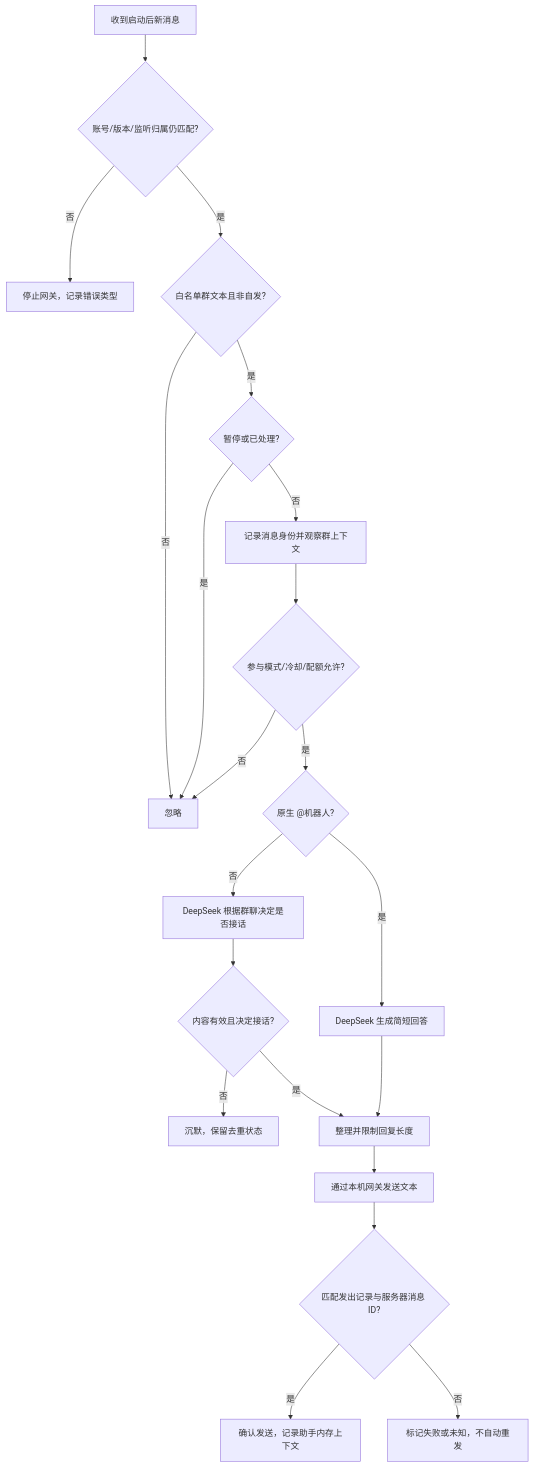
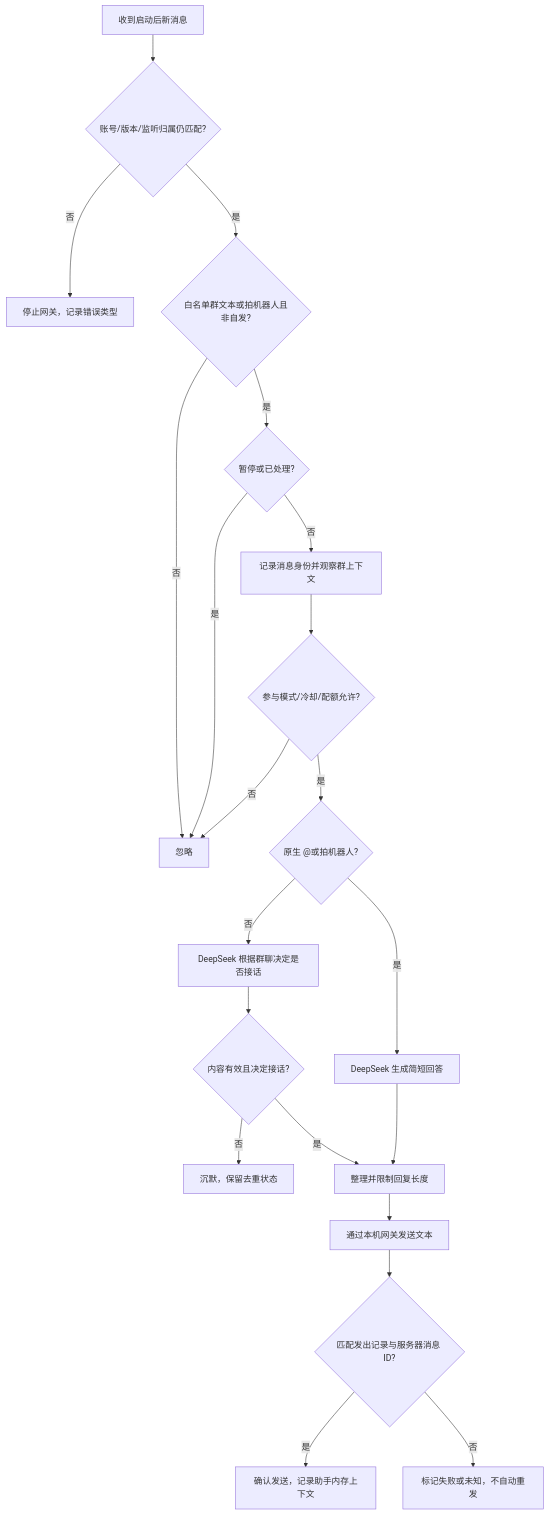
One commit to YishV/ChatBridge changed the diagram in workflow.md. Above: the diagram before and after it, drawn with Mermaid. The commit also changed other lines of this file and 27 other files, not shown here.

````diff
--- a/workflow.md
+++ b/workflow.md
@@ -24,23 +24,23 @@
 ```mermaid
 flowchart TD
     A[收到启动后新消息] --> B{账号/版本/监听归属仍匹配?}
     B -- 否 --> STOP[停止网关，记录错误类型]
-    B -- 是 --> C{白名单群文本且非自发?}
+    B -- 是 --> C{白名单群文本或拍机器人且非自发?}
     C -- 否 --> Z[忽略]
     C -- 是 --> D{暂停或已处理?}
     D -- 是 --> Z
     D -- 否 --> E[记录消息身份并观察群上下文]
     E --> F{参与模式/冷却/配额允许?}
     F -- 否 --> Z
-    F -- 是 --> G{原生 @机器人?}
+    F -- 是 --> G{原生 @或拍机器人?}
     G -- 是 --> H[DeepSeek 生成简短回答]
     G -- 否 --> I[DeepSeek 根据群聊决定是否接话]
     I --> J{内容有效且决定接话?}
     J -- 否 --> SILENT[沉默，保留去重状态]
     J -- 是 --> K[整理并限制回复长度]
     H --> K
     K --> L[通过本机网关发送文本]
     L --> M{匹配发出记录与服务器消息 ID?}
     M -- 是 --> N[确认发送，记录助手内存上下文]
     M -- 否 --> O[标记失败或未知，不自动重发]
 ```
````
